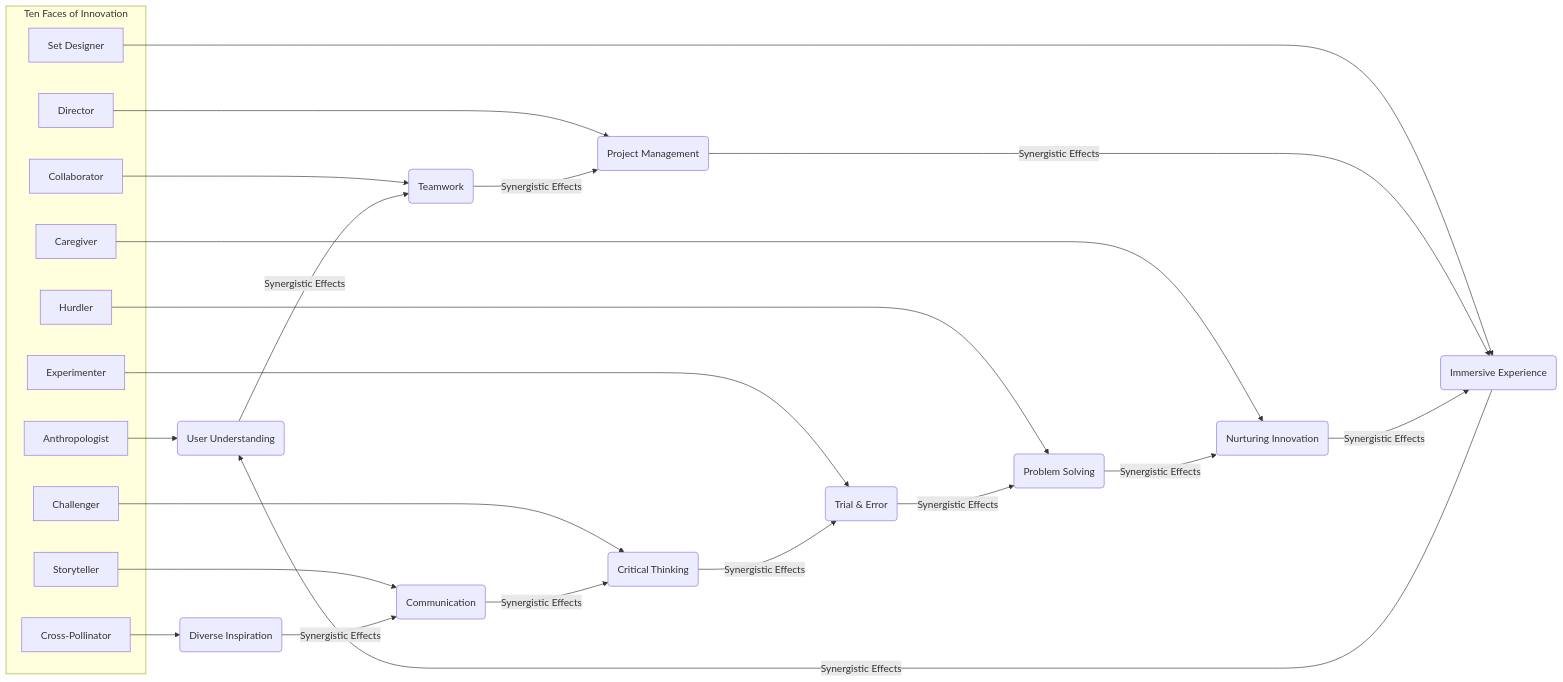
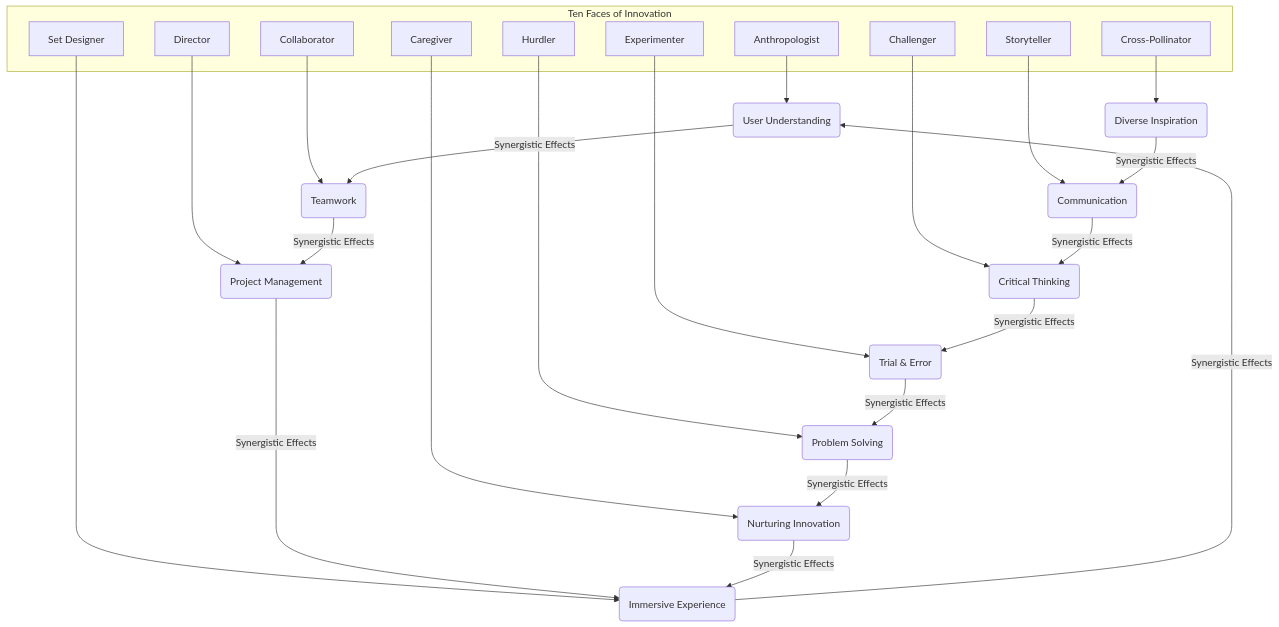
One commit to muthuspark/booksummary changed the diagram in posts/creativity_and_innovation/the-ten-faces-of-innovation/index.qmd. Above: the diagram before and after it, drawn with Mermaid. The commit also changed 43 other files, not shown here.

````diff
--- a/posts/creativity_and_innovation/the-ten-faces-of-innovation/index.qmd
+++ b/posts/creativity_and_innovation/the-ten-faces-of-innovation/index.qmd
@@ -90,28 +90,28 @@
 ```{mermaid}
-graph LR
+graph TD
     A[Anthropologist] --> B(User Understanding);
     C[Experimenter] --> D(Trial & Error);
     E[Cross-Pollinator] --> F(Diverse Inspiration);
     G[Hurdler] --> H(Problem Solving);
     I[Collaborator] --> J(Teamwork);
     K[Director] --> L(Project Management);
     M[Storyteller] --> N(Communication);
     O[Caregiver] --> P(Nurturing Innovation);
     Q[Set Designer] --> R(Immersive Experience);
     S[Challenger] --> T(Critical Thinking);
 
     B -- Synergistic Effects --> J;
     D -- Synergistic Effects --> H;
     F -- Synergistic Effects --> N;
     H -- Synergistic Effects --> P;
     J -- Synergistic Effects --> L;
     L -- Synergistic Effects --> R;
     N -- Synergistic Effects --> T;
     P -- Synergistic Effects --> R;
     R -- Synergistic Effects --> B;
     T -- Synergistic Effects --> D;
 
     subgraph "Ten Faces of Innovation"
         A; C; E; G; I; K; M; O; Q; S;
     end
 ```
````
